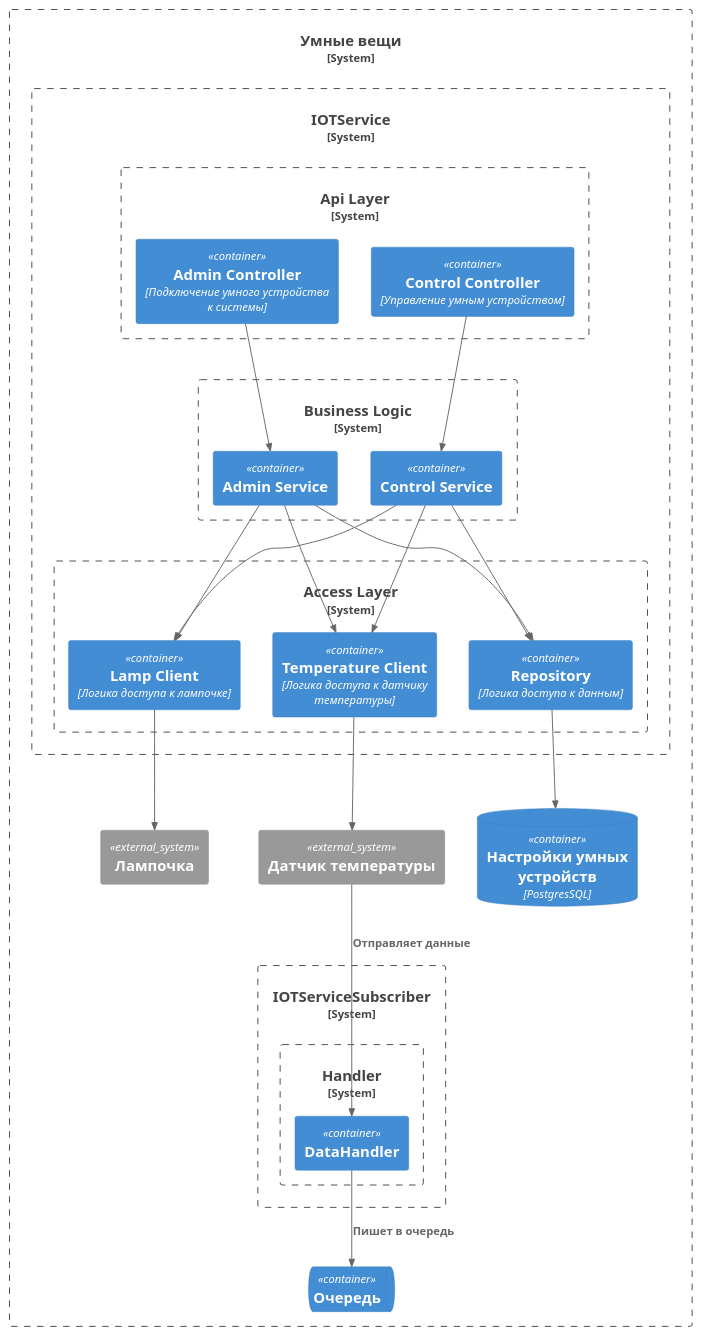
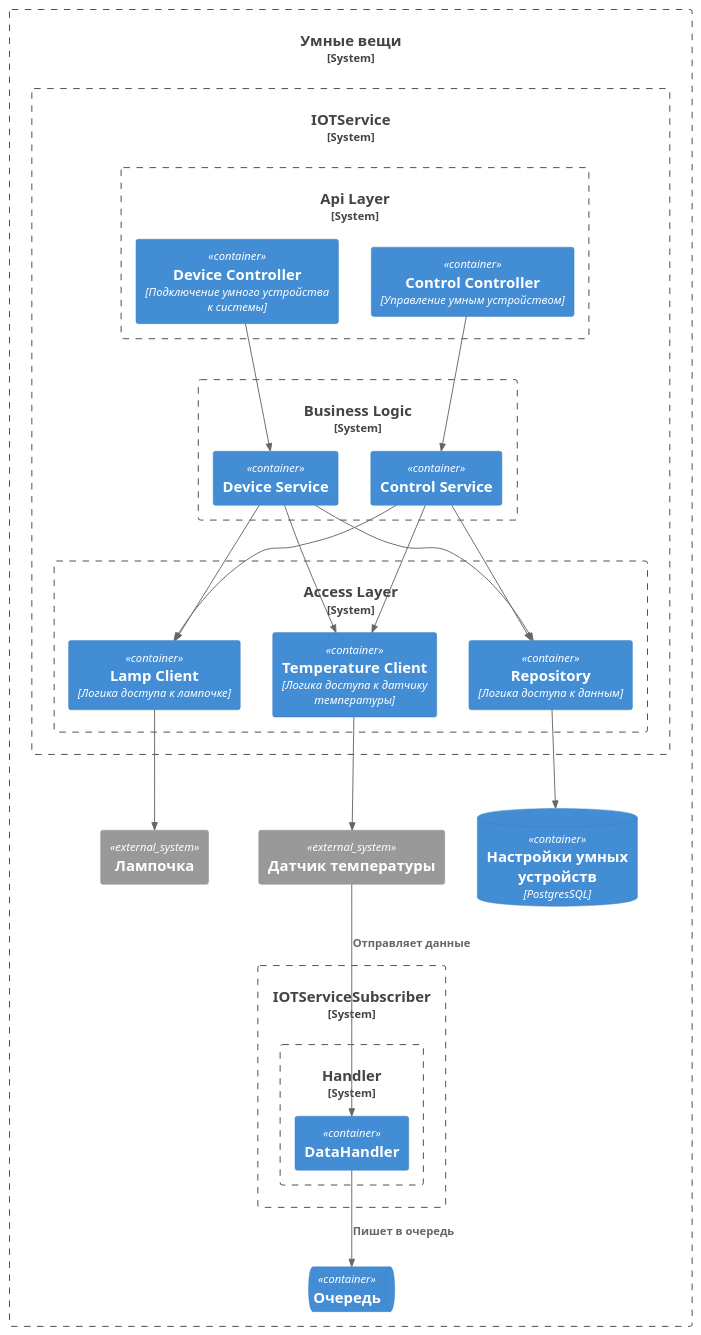
The diagram in schemas/TO-BE/c3_IOTService.puml (vladimir-kulgun/architecture-pro-warmhouse), drawn with PlantUML before and after one commit. The commit also changed 2 other files, not shown here.

Commit message:
c4_MonitoringService

```diff
--- a/schemas/TO-BE/c3_IOTService.puml
+++ b/schemas/TO-BE/c3_IOTService.puml
@@ -1,51 +1,51 @@
 @startuml
 !include https://raw.githubusercontent.com/plantuml-stdlib/C4-PlantUML/master/C4_Container.puml
 
 System_Boundary(be, "Умные вещи") {
   System_Boundary(iotService, "IOTService") {
     System_Boundary(api, "Api Layer") {
-      Container(adminController, "Admin Controller", "Подключение умного устройства к системы")
+      Container(deviceController, "Device Controller", "Подключение умного устройства к системы")
       Container(controlController, "Control Controller", "Управление умным устройством")
     }
 
     System_Boundary(busnessLogic, "Business Logic") {
-      Container(adminService, "Admin Service", "")
+      Container(deviceService, "Device Service", "")
       Container(controlService, "Control Service", "")
     }
 
     System_Boundary(access, "Access Layer") {
       Container(lampClient, "Lamp Client", "Логика доступа к лампочке")
       Container(temperatureClient, "Temperature Client", "Логика доступа к датчику температуры")
       Container(repository, "Repository", "Логика доступа к данным")
     }
   }
   ContainerDb(db, "Настройки умных устройств", "PostgresSQL")
 
   System_Boundary(iotServiceSubscriber, "IOTServiceSubscriber") {
     System_Boundary(handlerLayer, "Handler") {
       Container(dataHandler, "DataHandler", "")
   }
 }
 
 System_Ext(iot_lamp, "Лампочка", "")
 System_Ext(iot_temperature_sensor, "Датчик температуры", "")
 ContainerQueue(que_kafka, "Очередь", "")
 
-Rel(adminController, adminService, "")
-Rel(adminService, repository, "")
-Rel(adminService, lampClient, "")
-Rel(adminService, temperatureClient, "")
+Rel(deviceController, deviceService, "")
+Rel(deviceService, repository, "")
+Rel(deviceService, lampClient, "")
+Rel(deviceService, temperatureClient, "")
 
 Rel(controlController, controlService, "")
 Rel(controlService, repository, "")
 Rel(controlService, lampClient, "")
 Rel(controlService, temperatureClient, "")
 
 Rel(repository, db, "")
 Rel(lampClient, iot_lamp, "")
 Rel(temperatureClient, iot_temperature_sensor, "")
 
 Rel(iot_temperature_sensor, dataHandler, "Отправляет данные")
 Rel(dataHandler, que_kafka, "Пишет в очередь")
 
 @enduml
```
